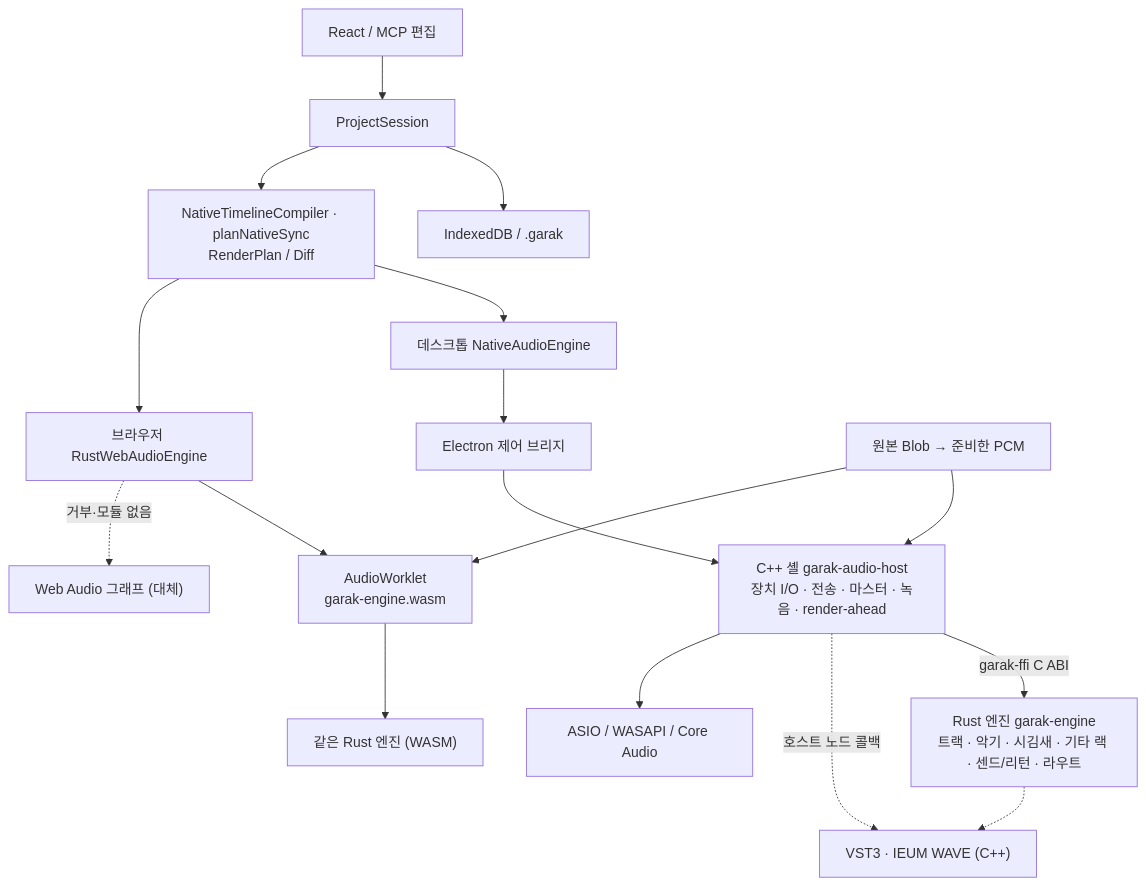
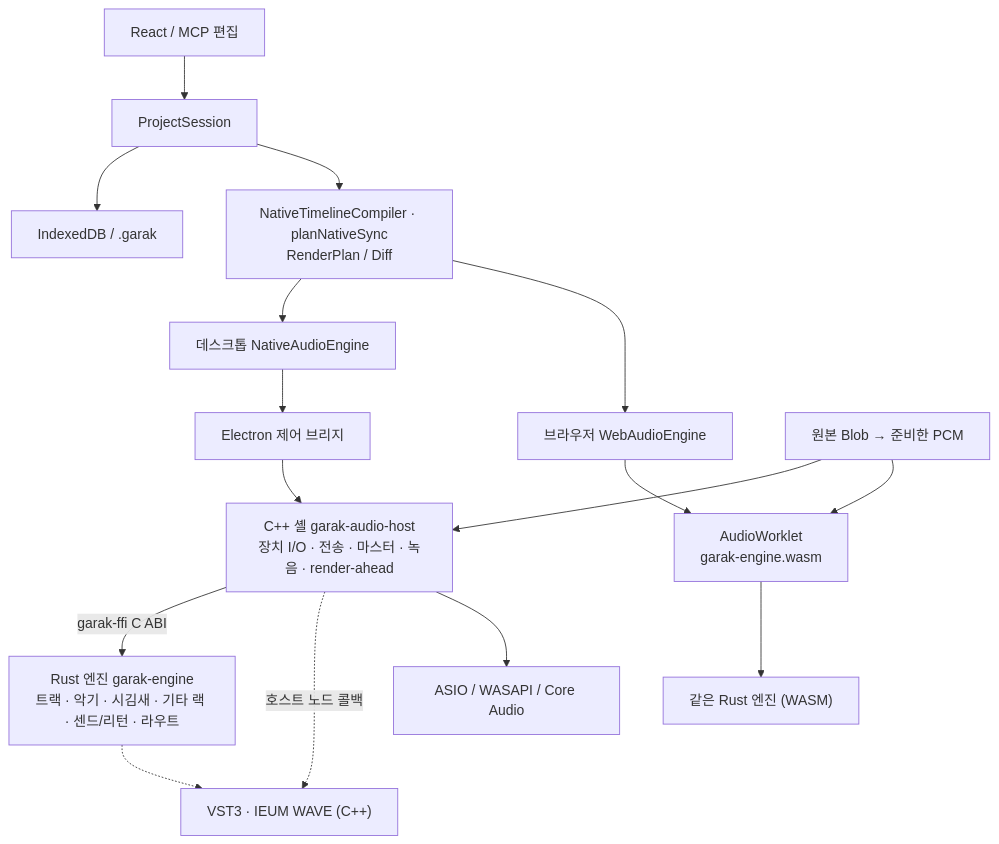
The diagram in docs/ARCHITECTURE.md (songchez/garak-ieum), drawn with Mermaid before and after one commit. The commit also changed other lines of this file and 33 other files, not shown here.

Commit message:
docs(web): the Rust engine is the only web renderer (0.3.3)

````diff
--- a/docs/ARCHITECTURE.md
+++ b/docs/ARCHITECTURE.md
@@ -9,19 +9,18 @@
 ```mermaid
 flowchart TD
   UI["React / MCP 편집"] --> P["ProjectSession"]
   P --> S["IndexedDB / .garak"]
   P --> T["NativeTimelineCompiler · planNativeSync<br/>RenderPlan / Diff"]
   T --> N["데스크톱 NativeAudioEngine"]
   N --> IPC["Electron 제어 브리지"]
   IPC --> C["C++ 셸 garak-audio-host<br/>장치 I/O · 전송 · 마스터 · 녹음 · render-ahead"]
   C -->|"garak-ffi C ABI"| E["Rust 엔진 garak-engine<br/>트랙 · 악기 · 시김새 · 기타 랙 · 센드/리턴 · 라우트"]
   C -.->|"호스트 노드 콜백"| V["VST3 · IEUM WAVE (C++)"]
   E -.-> V
   C --> D["ASIO / WASAPI / Core Audio"]
-  T --> W["브라우저 RustWebAudioEngine"]
+  T --> W["브라우저 WebAudioEngine"]
   W --> K["AudioWorklet<br/>garak-engine.wasm"]
   K --> E2["같은 Rust 엔진 (WASM)"]
-  W -.->|"거부·모듈 없음"| B["Web Audio 그래프 (대체)"]
   A["원본 Blob → 준비한 PCM"] --> C
   A --> K
 ```
````
